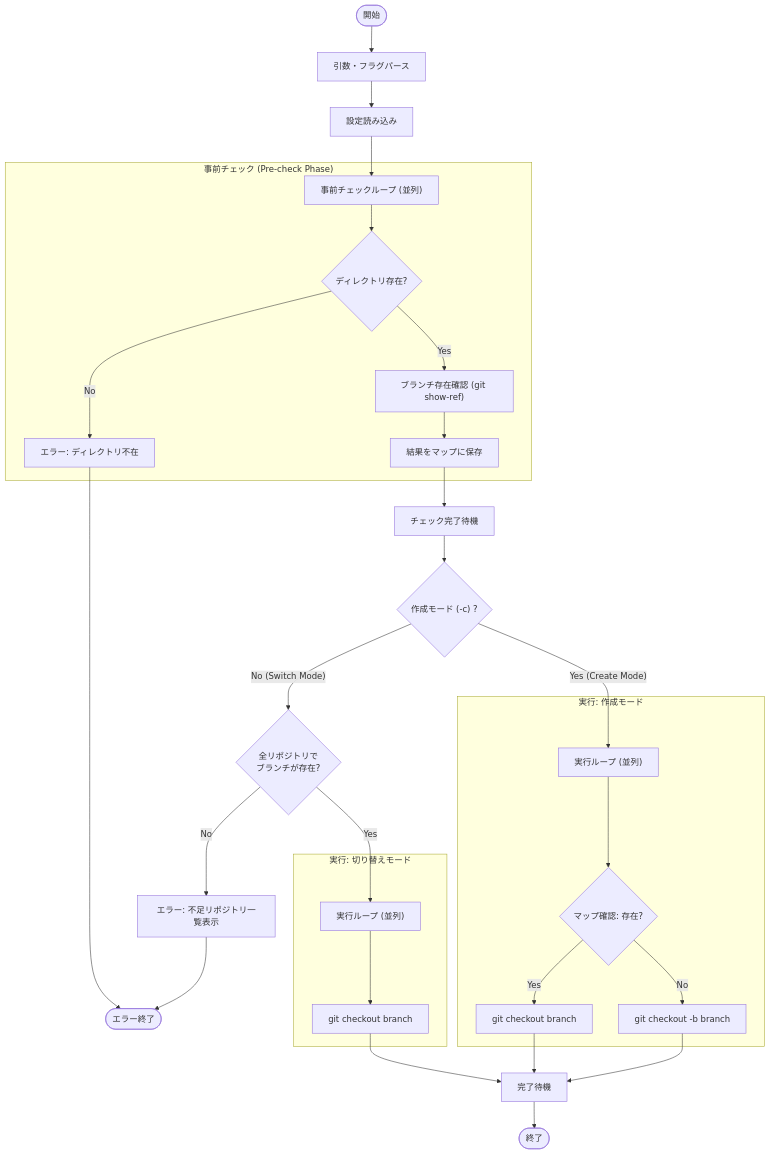
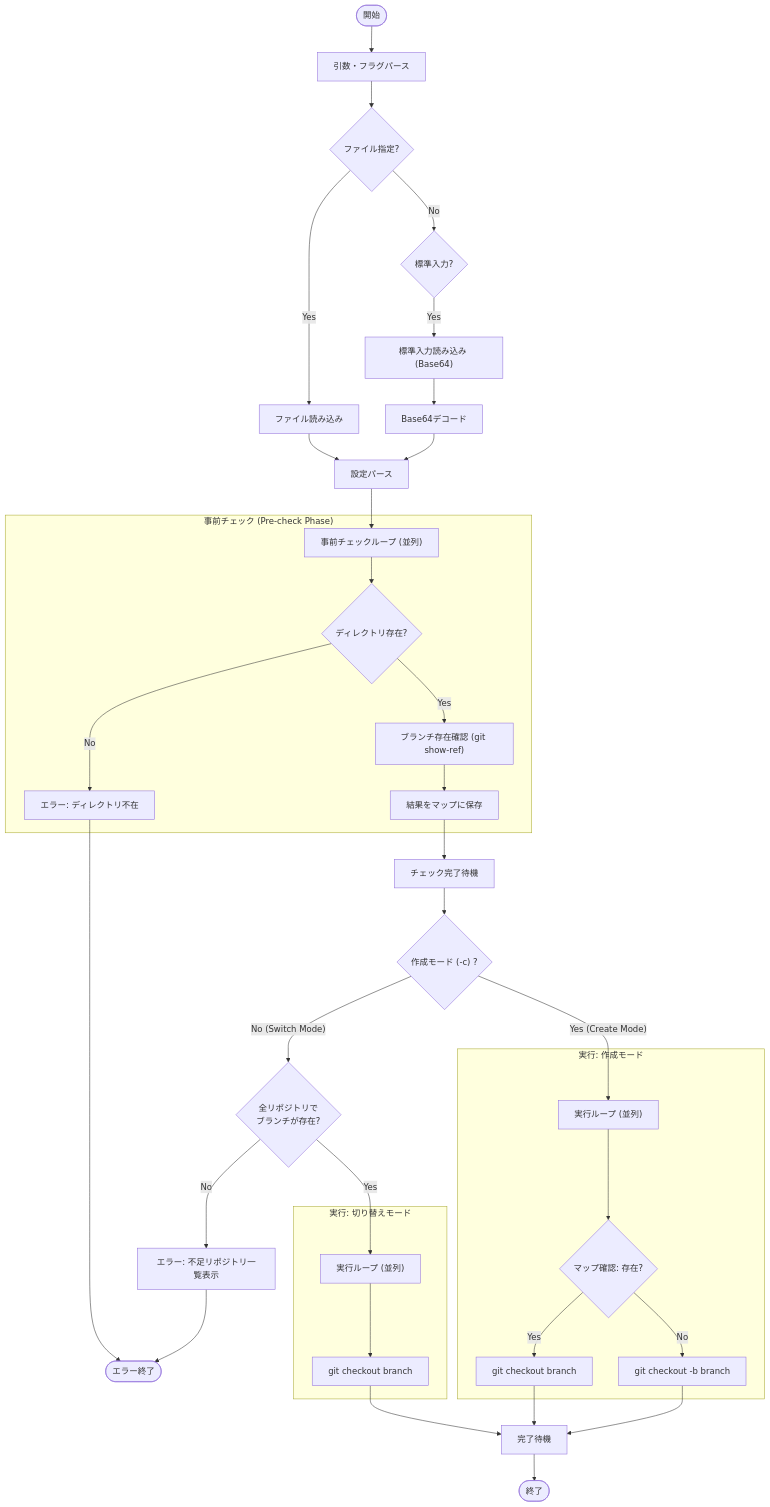
One commit to keiji/mistletoe changed the diagram in docs/internal/app/switch.md. Above: the diagram before and after it, drawn with Mermaid. The commit also changed 6 other files, not shown here.

First line of the commit message:
Update Mermaid diagrams to show Base64 decoding step

````diff
--- a/docs/internal/app/switch.md
+++ b/docs/internal/app/switch.md
@@ -35,40 +35,49 @@
 ```mermaid
 flowchart TD
     Start(["開始"]) --> ParseArgs["引数・フラグパース"]
-    ParseArgs --> LoadConfig["設定読み込み"]
+    ParseArgs --> CheckFile{"ファイル指定?"}
+
+    CheckFile -- Yes --> LoadFile["ファイル読み込み"]
+    CheckFile -- No --> CheckStdin{"標準入力?"}
+    CheckStdin -- Yes --> ReadStdin["標準入力読み込み (Base64)"]
+    ReadStdin --> Decode["Base64デコード"]
+
+    LoadFile --> LoadConfig["設定パース"]
+    Decode --> LoadConfig
+
     LoadConfig --> PreCheckLoop["事前チェックループ (並列)"]
 
     subgraph "事前チェック (Pre-check Phase)"
         PreCheckLoop --> CheckDir{"ディレクトリ存在?"}
         CheckDir -- No --> ErrorDir["エラー: ディレクトリ不在"]
         CheckDir -- Yes --> CheckBranch["ブランチ存在確認 (git show-ref)"]
         CheckBranch --> StoreResult["結果をマップに保存"]
     end
     ErrorDir --> ErrorExit(["エラー終了"])
 
     StoreResult --> WaitPreCheck["チェック完了待機"]
     WaitPreCheck --> CheckMode{"作成モード (-c) ?"}
 
     CheckMode -- No (Switch Mode) --> VerifyAll{"全リポジトリで\nブランチが存在?"}
     VerifyAll -- No --> ReportMissing["エラー: 不足リポジトリ一覧表示"]
     ReportMissing --> ErrorExit
 
     VerifyAll -- Yes --> ExecLoopSwitch["実行ループ (並列)"]
 
     subgraph "実行: 切り替えモード"
         ExecLoopSwitch --> GitCheckout["git checkout branch"]
     end
 
     CheckMode -- Yes (Create Mode) --> ExecLoopCreate["実行ループ (並列)"]
 
     subgraph "実行: 作成モード"
         ExecLoopCreate --> CheckMap{"マップ確認: 存在?"}
         CheckMap -- Yes --> SwitchOnly["git checkout branch"]
         CheckMap -- No --> CreateAndSwitch["git checkout -b branch"]
     end
 
     GitCheckout --> WaitExec["完了待機"]
     SwitchOnly --> WaitExec
     CreateAndSwitch --> WaitExec
     WaitExec --> Stop(["終了"])
 ```
````
